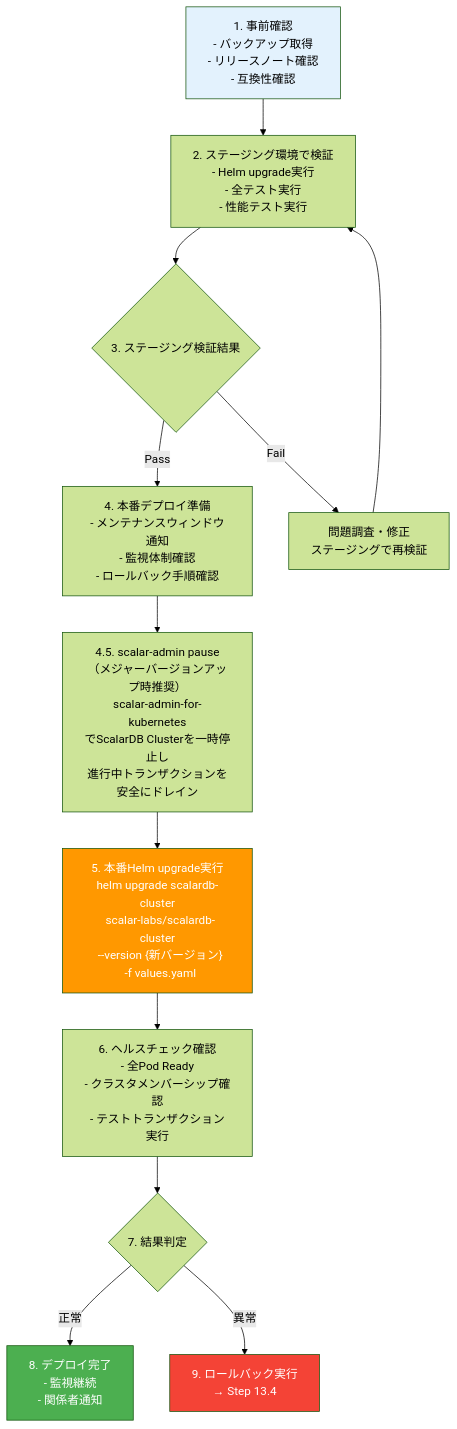
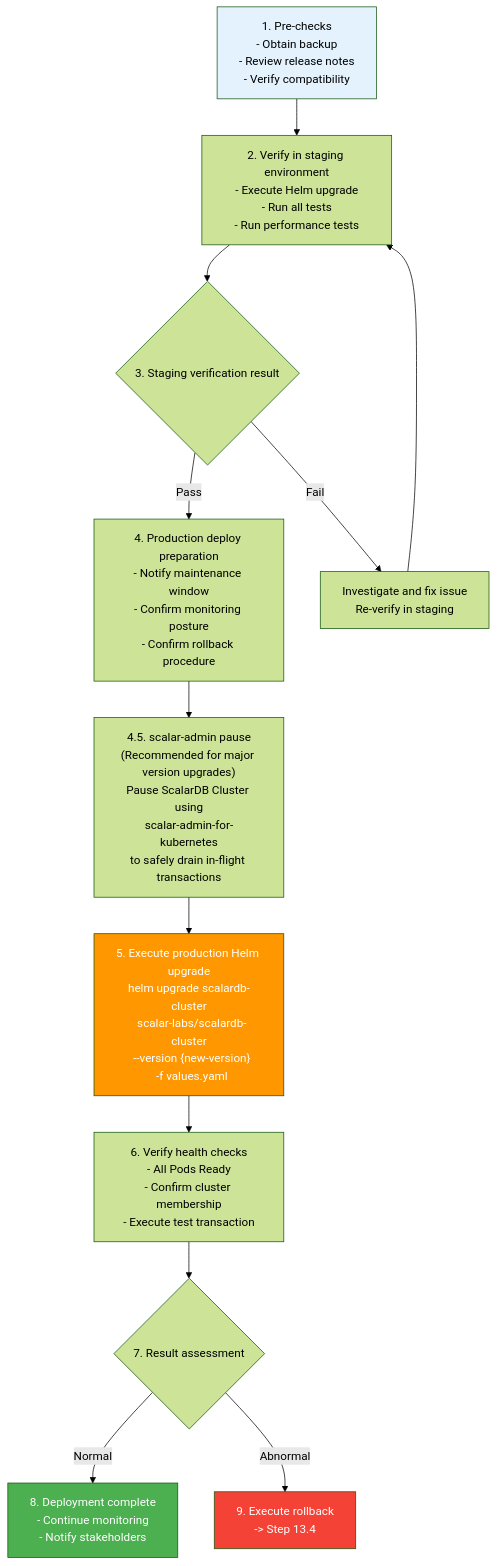
One commit to wfukatsu/nexus-architect changed the second of 4 diagrams in workflow/greenfield/13_deployment_rollout.md. Above: the diagram before and after it, drawn with Mermaid (forest theme). The commit also changed other lines of this file and 1 other file, not shown here.

````diff
--- a/workflow/greenfield/13_deployment_rollout.md
+++ b/workflow/greenfield/13_deployment_rollout.md
@@ -84,19 +84,19 @@
 ```mermaid
 flowchart TD
-    A["1. 事前確認<br/>- バックアップ取得<br/>- リリースノート確認<br/>- 互換性確認"] --> B["2. ステージング環境で検証<br/>- Helm upgrade実行<br/>- 全テスト実行<br/>- 性能テスト実行"]
-    B --> C{"3. ステージング検証結果"}
-    C -->|"Pass"| D["4. 本番デプロイ準備<br/>- メンテナンスウィンドウ通知<br/>- 監視体制確認<br/>- ロールバック手順確認"]
-    C -->|"Fail"| E["問題調査・修正<br/>ステージングで再検証"]
+    A["1. Pre-checks<br/>- Obtain backup<br/>- Review release notes<br/>- Verify compatibility"] --> B["2. Verify in staging environment<br/>- Execute Helm upgrade<br/>- Run all tests<br/>- Run performance tests"]
+    B --> C{"3. Staging verification result"}
+    C -->|"Pass"| D["4. Production deploy preparation<br/>- Notify maintenance window<br/>- Confirm monitoring posture<br/>- Confirm rollback procedure"]
+    C -->|"Fail"| E["Investigate and fix issue<br/>Re-verify in staging"]
     E --> B
-    D --> PA["4.5. scalar-admin pause<br/>（メジャーバージョンアップ時推奨）<br/>scalar-admin-for-kubernetes<br/>でScalarDB Clusterを一時停止し<br/>進行中トランザクションを安全にドレイン"]
-    PA --> F["5. 本番Helm upgrade実行<br/>helm upgrade scalardb-cluster<br/>  scalar-labs/scalardb-cluster<br/>  --version {新バージョン}<br/>  -f values.yaml"]
-    F --> G["6. ヘルスチェック確認<br/>- 全Pod Ready<br/>- クラスタメンバーシップ確認<br/>- テストトランザクション実行"]
-    G --> H{"7. 結果判定"}
-    H -->|"正常"| I["8. デプロイ完了<br/>- 監視継続<br/>- 関係者通知"]
-    H -->|"異常"| J["9. ロールバック実行<br/>→ Step 13.4"]
+    D --> PA["4.5. scalar-admin pause<br/>(Recommended for major version upgrades)<br/>Pause ScalarDB Cluster using<br/>scalar-admin-for-kubernetes<br/>to safely drain in-flight transactions"]
+    PA --> F["5. Execute production Helm upgrade<br/>helm upgrade scalardb-cluster<br/>  scalar-labs/scalardb-cluster<br/>  --version {new-version}<br/>  -f values.yaml"]
+    F --> G["6. Verify health checks<br/>- All Pods Ready<br/>- Confirm cluster membership<br/>- Execute test transaction"]
+    G --> H{"7. Result assessment"}
+    H -->|"Normal"| I["8. Deployment complete<br/>- Continue monitoring<br/>- Notify stakeholders"]
+    H -->|"Abnormal"| J["9. Execute rollback<br/>-> Step 13.4"]
 
     style A fill:#E3F2FD,color:#000
     style F fill:#FF9800,color:#fff
     style I fill:#4CAF50,color:#fff
     style J fill:#F44336,color:#fff
 ```
````
